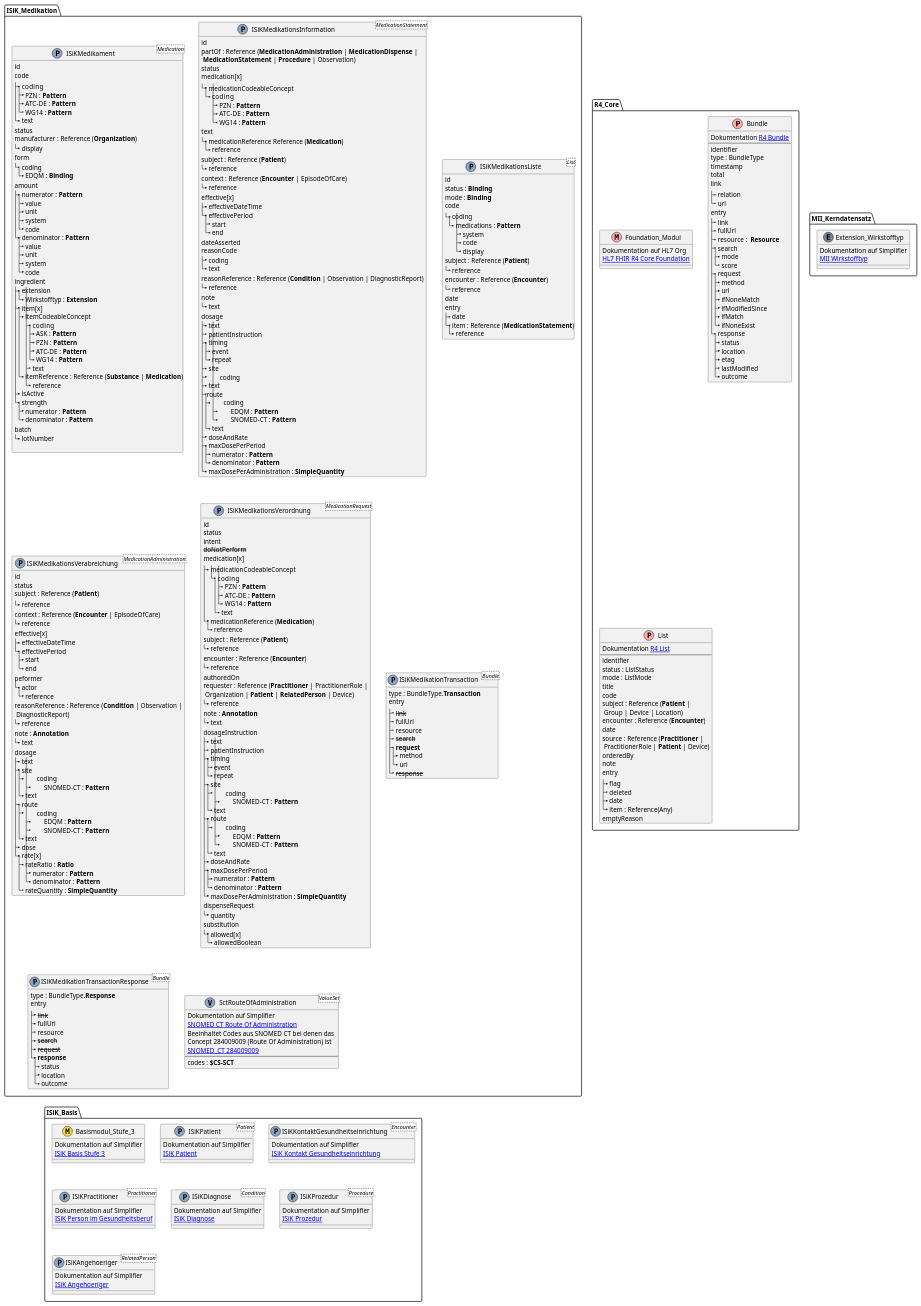
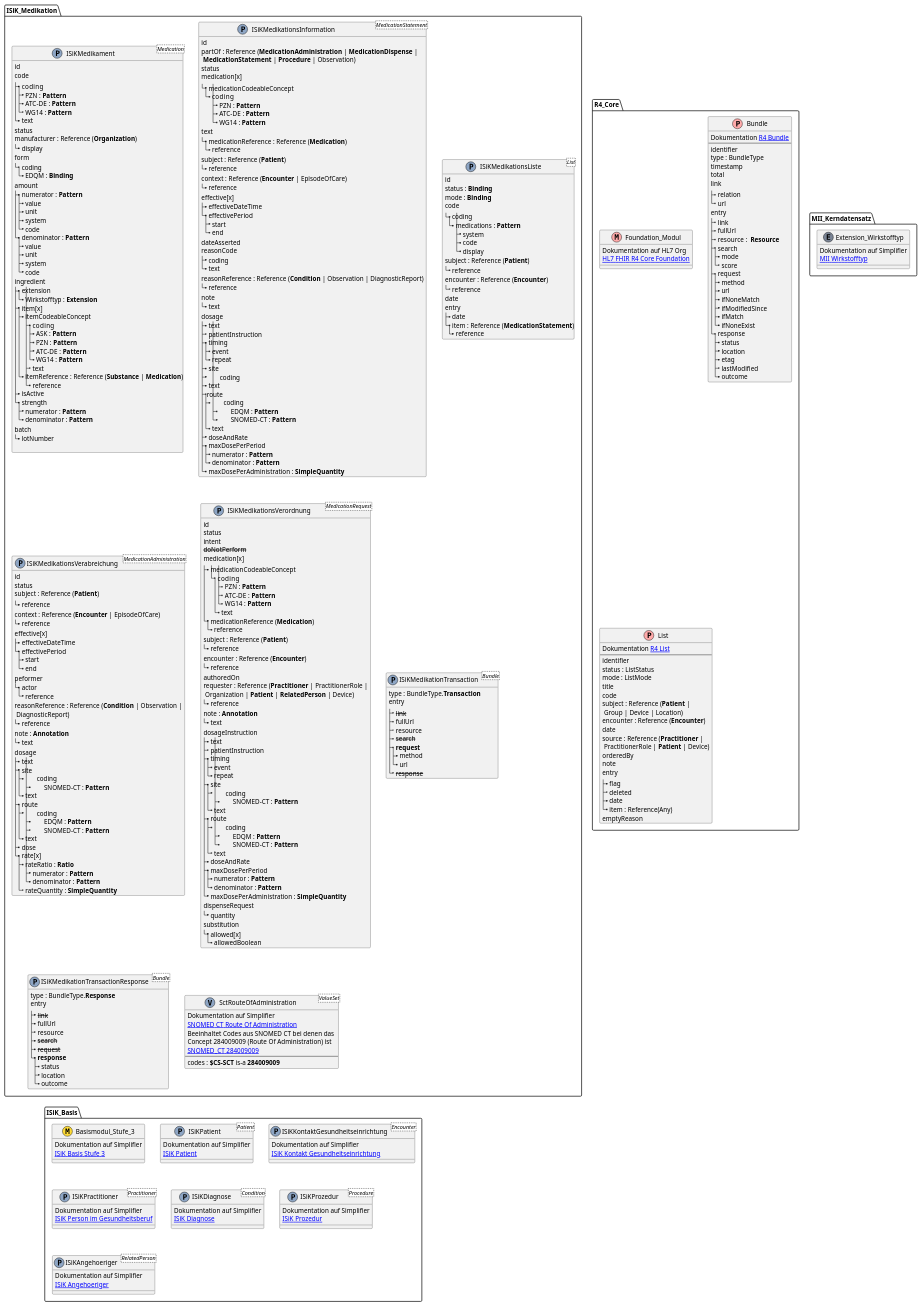
One commit to gematik/spec-ISiK-Medikation changed the second of 2 diagrams in Material/images/src/plantuml/infomodell.puml. Above: the diagram before and after it, drawn with PlantUML. The commit also changed 4 other files, not shown here.

```diff
--- a/Material/images/src/plantuml/infomodell.puml
+++ b/Material/images/src/plantuml/infomodell.puml
@@ -105,7 +105,7 @@
             |_ ATC-DE : **Pattern**
             |_ WG14 : **Pattern**
          text
-      |_ medicationReference Reference (**Medication**)
+      |_ medicationReference : Reference (**Medication**)
          |_ reference
       subject : Reference (**Patient**)
          |_ reference
@@ -312,7 +312,7 @@
       Beeinhaltet Codes aus SNOMED CT bei denen das \nConcept 284009009 (Route Of Administration) ist
       [[https://simplifier.net/packages/hl7.fhir.r4.core/4.0.1/files/80147 SNOMED_CT 284009009]]
       --
-      codes : **$CS-SCT** 
+      codes : **$CS-SCT** is-a **284009009**
    }
 }
 
```
